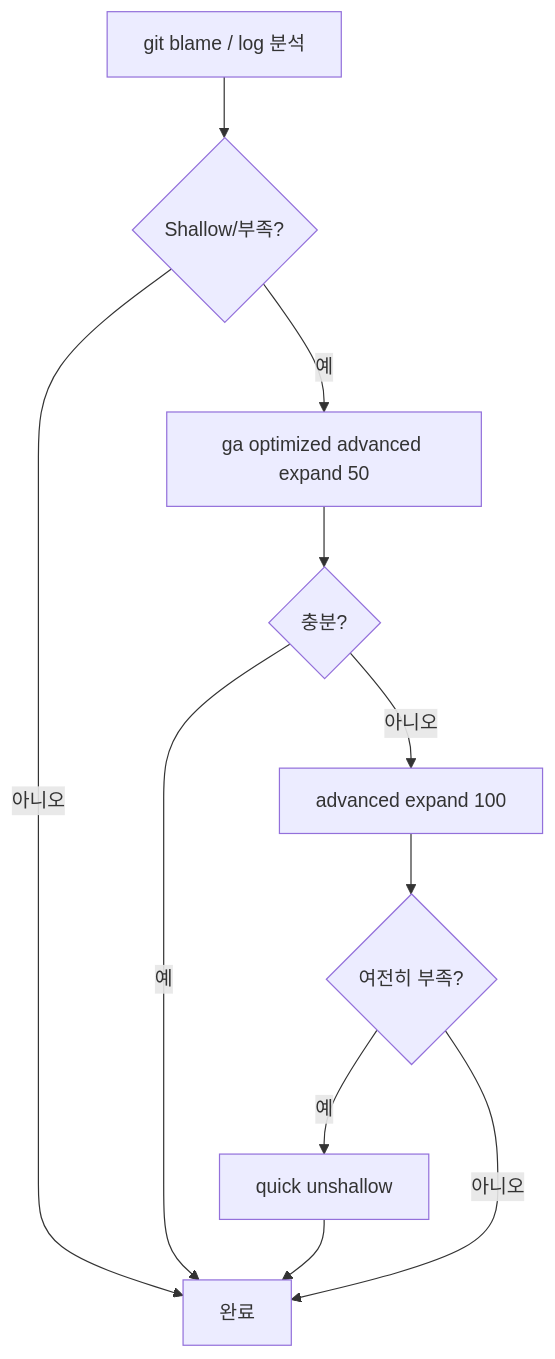
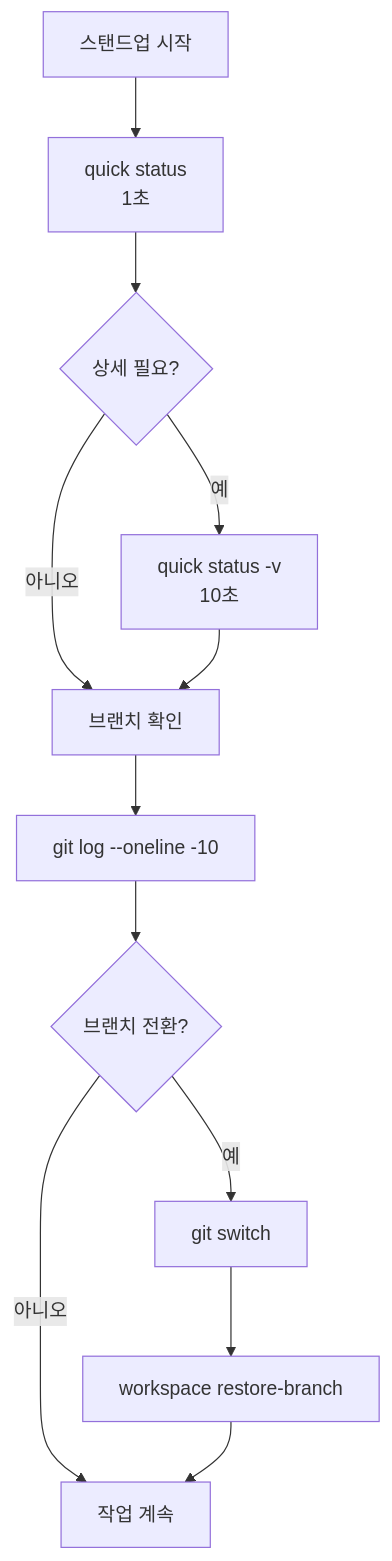
One commit to yoonhwan-neowiz/homebrew-workingcli changed the sixth of 10 diagrams in GIT.WORK.md. Above: the diagram before and after it, drawn with Mermaid. The commit also changed other lines of this file and 1 other file, not shown here.

First line of the commit message:
docs: Git 최적화 가이드 2.0 업데이트 및 shallow 명령어 도움말 수정

````diff
--- a/GIT.WORK.md
+++ b/GIT.WORK.md
@@ -166,13 +237,14 @@
 ```mermaid
 flowchart TD
-  A[git blame / log 분석] --> B{Shallow/부족?}
-  B -- 아니오 --> Z[완료]
-  B -- 예 --> C[ga optimized advanced expand 50]
-  C --> D{충분?}
-  D -- 예 --> Z
-  D -- 아니오 --> E[advanced expand 100]
-  E --> F{여전히 부족?}
-  F -- 예 --> G[quick unshallow]
-  G --> Z
-  F -- 아니오 --> Z
+  A[스탠드업 시작] --> B[quick status<br/>1초]
+  B --> C{상세 필요?}
+  C -->|예| D[quick status -v<br/>10초]
+  C -->|아니오| E[브랜치 확인]
+  D --> E
+  E --> F[git log --oneline -10]
+  F --> G{브랜치 전환?}
+  G -->|예| H[git switch <branch>]
+  G -->|아니오| I[작업 계속]
+  H --> J[workspace restore-branch]
+  J --> I
 ```
````
